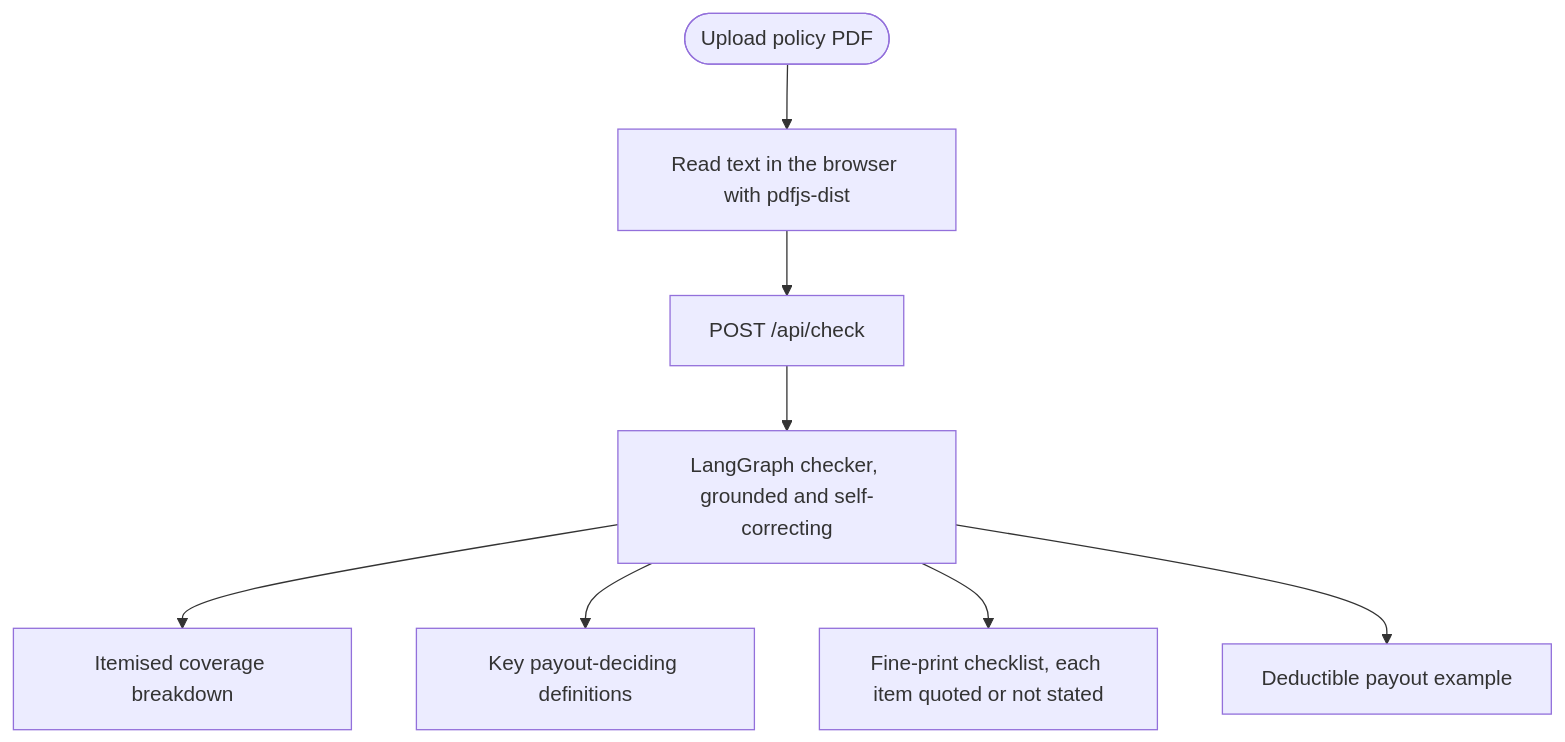
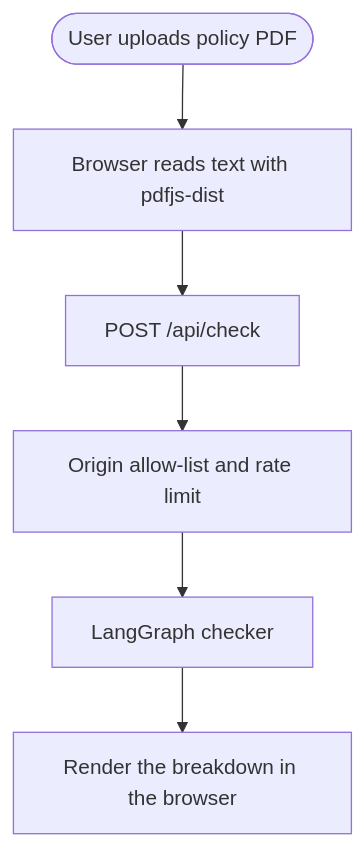
The first of 3 diagrams in README.md (elleskay/insurance-dashboard), drawn with Mermaid before and after one commit. The commit also changed other lines of this file, not shown here.

````diff
--- a/README.md
+++ b/README.md
@@ -47,10 +96,8 @@
 ```mermaid
 flowchart TD
-    Upload([Upload policy PDF]) --> Parse[Read text in the browser with pdfjs-dist]
-    Parse --> Check[POST /api/check]
-    Check --> Graph[LangGraph checker, grounded and self-correcting]
-    Graph --> Coverage[Itemised coverage breakdown]
-    Graph --> Definitions[Key payout-deciding definitions]
-    Graph --> Checklist[Fine-print checklist, each item quoted or not stated]
-    Graph --> Payout[Deductible payout example]
+    Upload([User uploads policy PDF]) --> Parse[Browser reads text with pdfjs-dist]
+    Parse --> Post[POST /api/check]
+    Post --> Guard[Origin allow-list and rate limit]
+    Guard --> Graph[LangGraph checker]
+    Graph --> Render[Render the breakdown in the browser]
 ```
````
